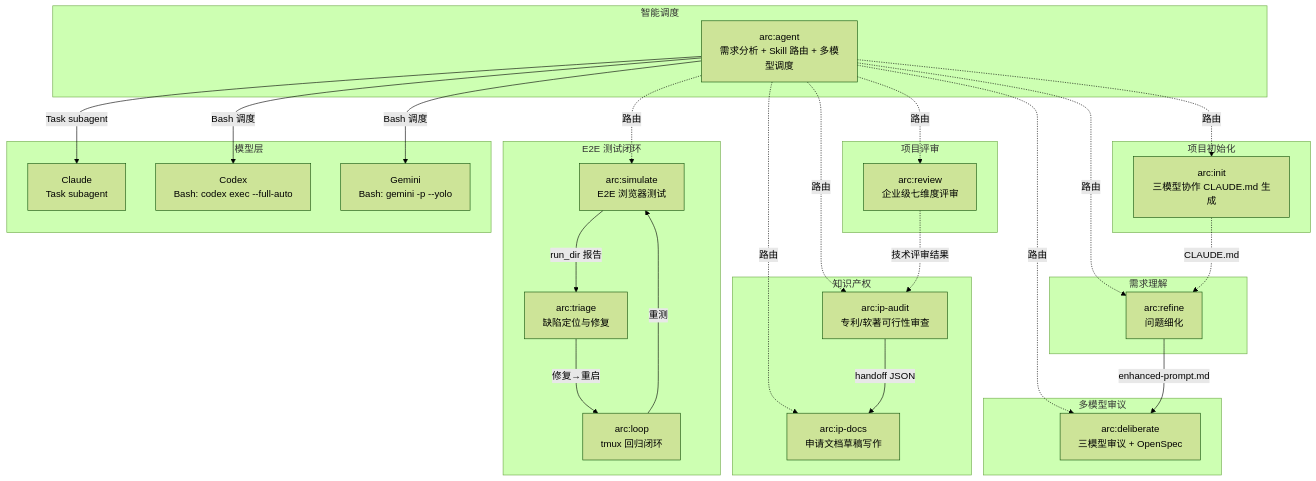
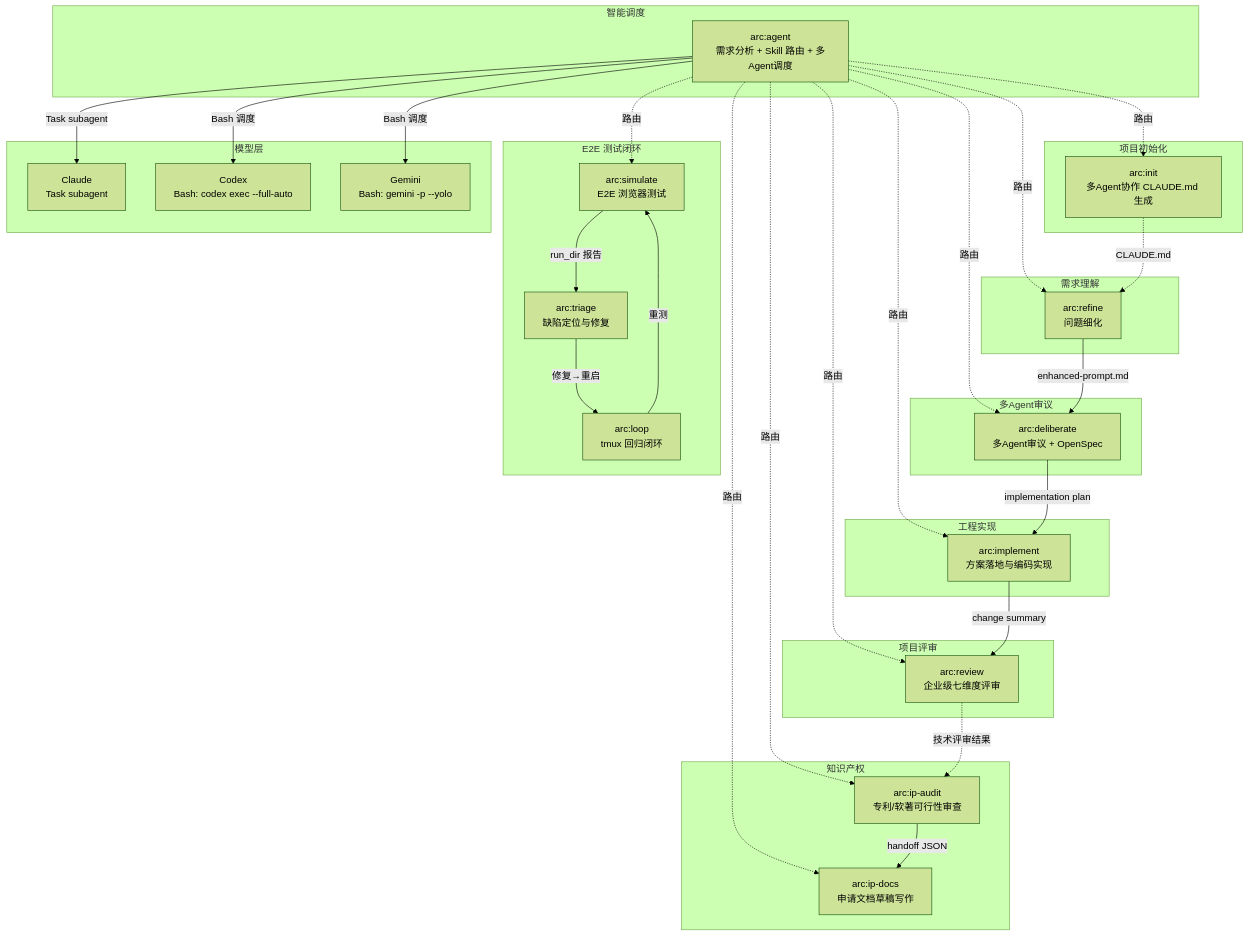
One commit to iwen-conf/Skills changed the first of 2 diagrams in README.md. Above: the diagram before and after it, drawn with Mermaid (forest theme). The commit also changed other lines of this file and 2 other files, not shown here.

Commit message:
feat(agent): 接入 arc:implement 路由与依赖链

````diff
--- a/README.md
+++ b/README.md
@@ -7,51 +7,57 @@
 ```mermaid
 graph TD
     subgraph "智能调度"
-        agent["arc:agent<br/>需求分析 + Skill 路由 + 多模型调度"]
+        agent["arc:agent<br/>需求分析 + Skill 路由 + 多Agent调度"]
     end
     subgraph "项目初始化"
-        init["arc:init<br/>三模型协作 CLAUDE.md 生成"]
+        init["arc:init<br/>多Agent协作 CLAUDE.md 生成"]
     end
     subgraph "需求理解"
         refine["arc:refine<br/>问题细化"]
     end
-    subgraph "多模型审议"
-        deliberate["arc:deliberate<br/>三模型审议 + OpenSpec"]
+    subgraph "多Agent审议"
+        deliberate["arc:deliberate<br/>多Agent审议 + OpenSpec"]
+    end
+    subgraph "工程实现"
+        implement["arc:implement<br/>方案落地与编码实现"]
     end
     subgraph "项目评审"
         review["arc:review<br/>企业级七维度评审"]
     end
     subgraph "知识产权"
         ip_audit["arc:ip-audit<br/>专利/软著可行性审查"]
         ip_docs["arc:ip-docs<br/>申请文档草稿写作"]
     end
     subgraph "E2E 测试闭环"
         simulate["arc:simulate<br/>E2E 浏览器测试"]
         triage["arc:triage<br/>缺陷定位与修复"]
         loop["arc:loop<br/>tmux 回归闭环"]
     end
     subgraph "模型层"
         claude["Claude<br/>Task subagent"]
         codex["Codex<br/>Bash: codex exec --full-auto"]
         gemini["Gemini<br/>Bash: gemini -p --yolo"]
     end
 
     agent -.->|"路由"| init
     agent -.->|"路由"| refine
     agent -.->|"路由"| deliberate
+    agent -.->|"路由"| implement
     agent -.->|"路由"| review
     agent -.->|"路由"| ip_audit
     agent -.->|"路由"| ip_docs
     agent -.->|"路由"| simulate
     agent -->|"Task subagent"| claude
     agent -->|"Bash 调度"| codex
     agent -->|"Bash 调度"| gemini
 
     init -.->|"CLAUDE.md"| refine
     refine -->|"enhanced-prompt.md"| deliberate
+    deliberate -->|"implementation plan"| implement
+    implement -->|"change summary"| review
     review -.->|"技术评审结果"| ip_audit
     ip_audit -->|"handoff JSON"| ip_docs
     simulate -->|"run_dir 报告"| triage
     triage -->|"修复→重启"| loop
     loop -->|"重测"| simulate
 ```
````
